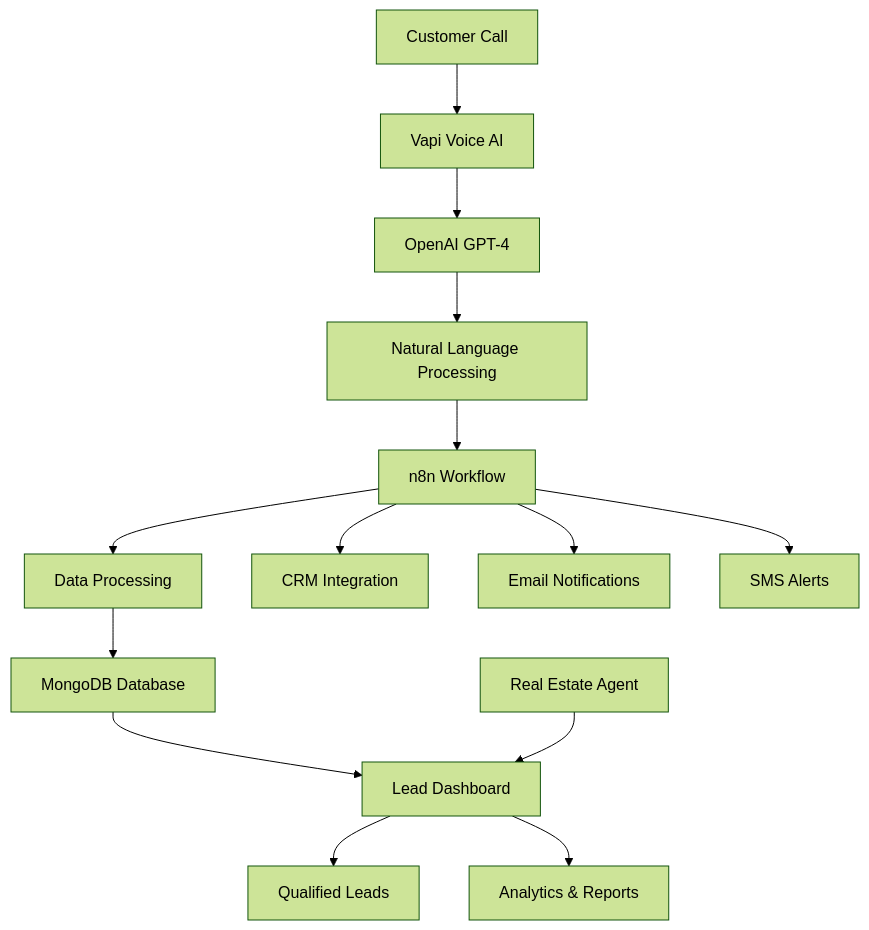
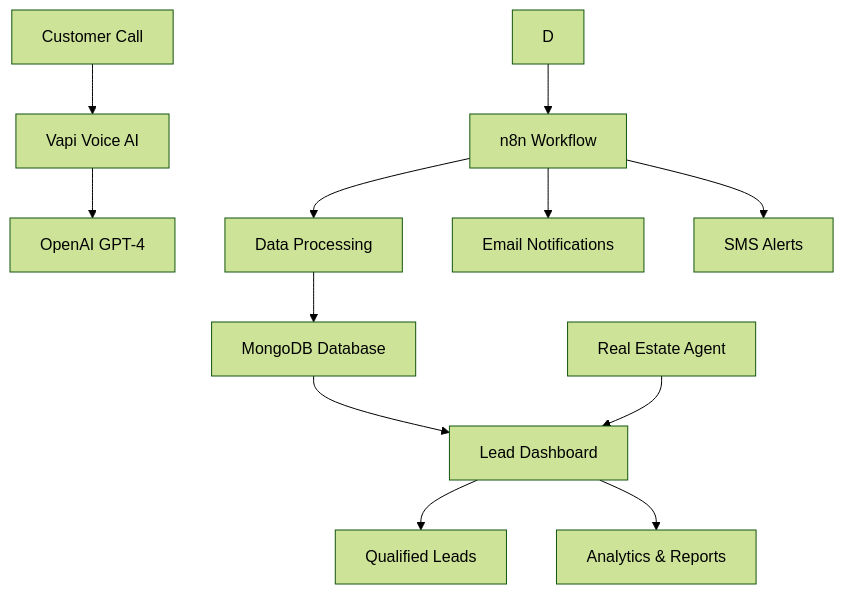
Before and after one commit to JaYRaNa213/Real-Estate-AI-Sales-Qualification-Bot: the diagram in Readme.md, drawn with Mermaid (forest theme).

````diff
--- a/Readme.md
+++ b/Readme.md
@@ -115,18 +115,18 @@
 ```mermaid
 graph TD
     A[Customer Call] --> B[Vapi Voice AI]
     B --> C[OpenAI GPT-4]
-    C --> D[Natural Language Processing]
+    
     D --> E[n8n Workflow]
     E --> F[Data Processing]
     F --> G[MongoDB Database]
     G --> H[Lead Dashboard]
     
     I[Real Estate Agent] --> H
     H --> J[Qualified Leads]
     H --> K[Analytics & Reports]
     
-    E --> L[CRM Integration]
+    
     E --> M[Email Notifications]
     E --> N[SMS Alerts]
 ```
````
